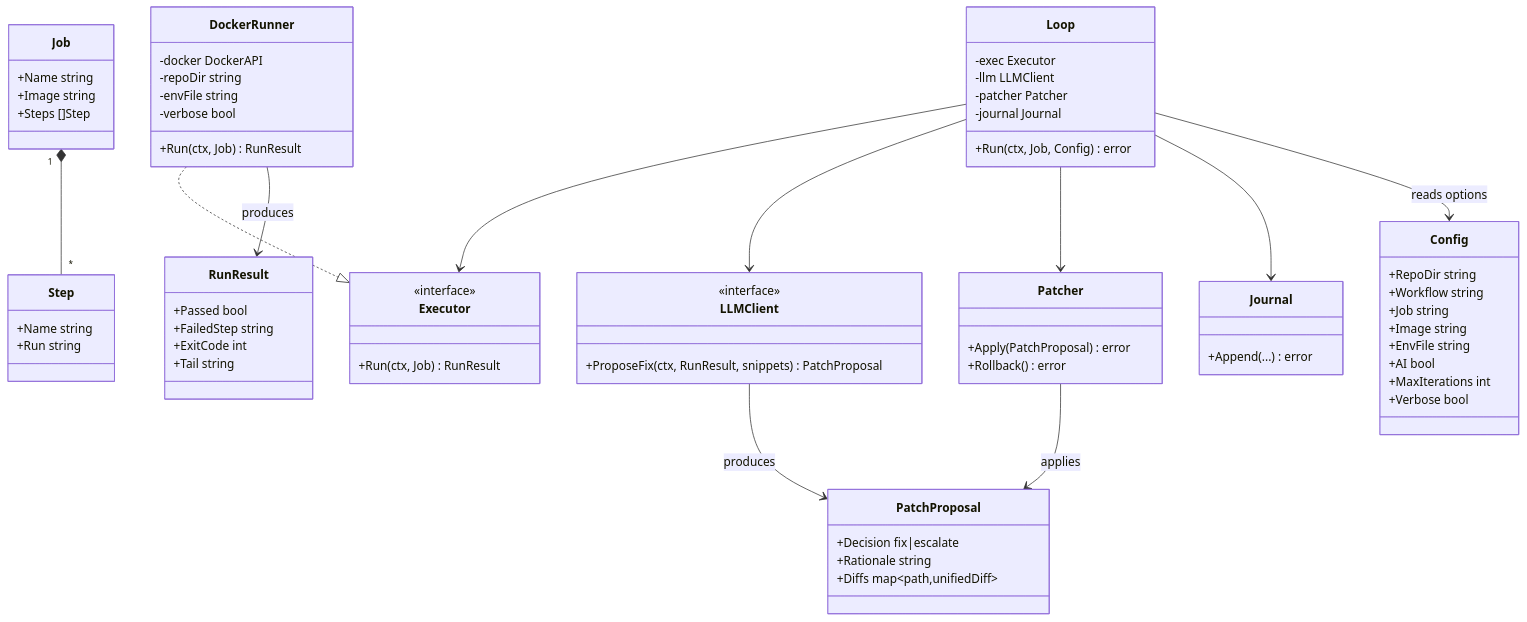
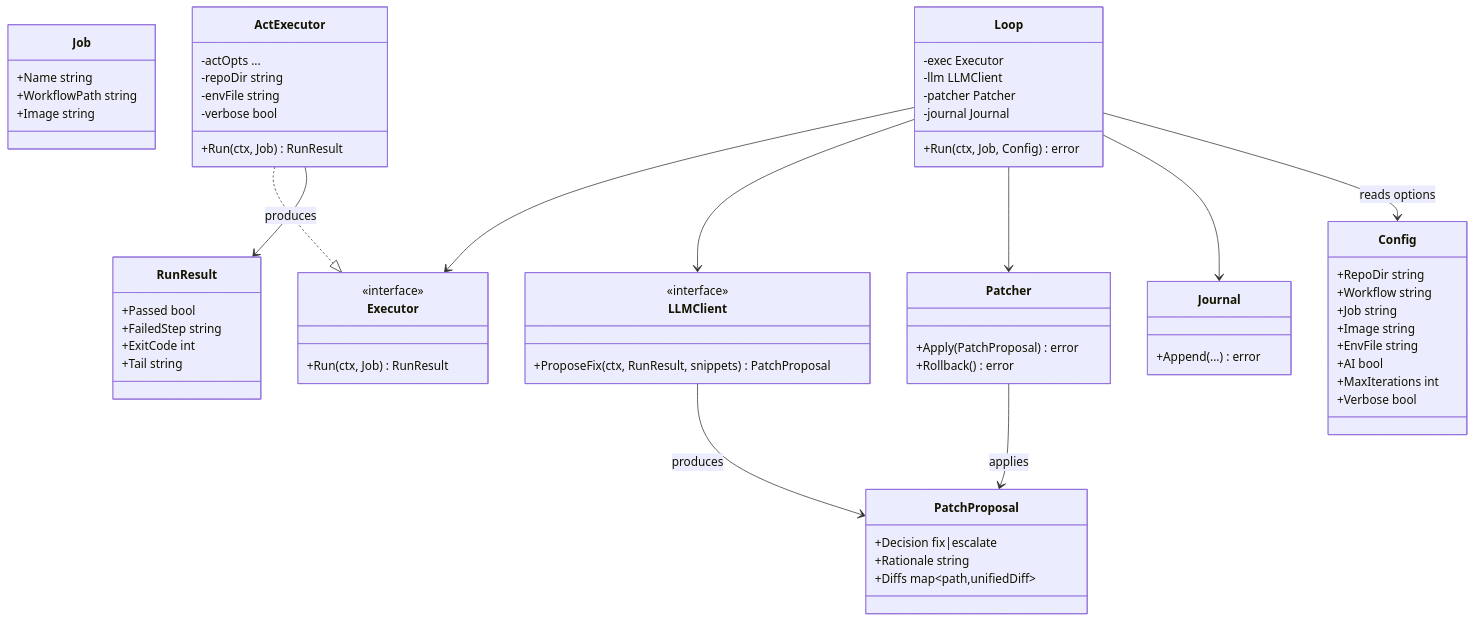
The fourth of 4 diagrams in docs/TECHNICAL_DESIGN.md (paramtully/Ci-Cd-Pipeline-Debugger), drawn with Mermaid before and after one commit. The commit also changed other lines of this file and 9 other files, not shown here.

Commit message:
upated docs to use act to run github actions locally

````diff
--- a/docs/TECHNICAL_DESIGN.md
+++ b/docs/TECHNICAL_DESIGN.md
@@ -537,13 +574,8 @@
 
   class Job {
     +Name string
+    +WorkflowPath string
     +Image string
-    +Steps []Step
-  }
-
-  class Step {
-    +Name string
-    +Run string
   }
 
   class RunResult {
@@ -564,8 +596,8 @@
     +Run(ctx, Job) RunResult
   }
 
-  class DockerRunner {
-    -docker DockerAPI
+  class ActExecutor {
+    -actOpts ...
     -repoDir string
     -envFile string
     -verbose bool
@@ -594,14 +626,13 @@
     +Run(ctx, Job, Config) error
   }
 
-  Job "1" *-- "*" Step
-  DockerRunner ..|> Executor
+  ActExecutor ..|> Executor
   Loop --> Executor
   Loop --> LLMClient
   Loop --> Patcher
   Loop --> Journal
   Loop --> Config : reads options
-  DockerRunner --> RunResult : produces
+  ActExecutor --> RunResult : produces
   LLMClient --> PatchProposal : produces
   Patcher --> PatchProposal : applies
 ```
````
